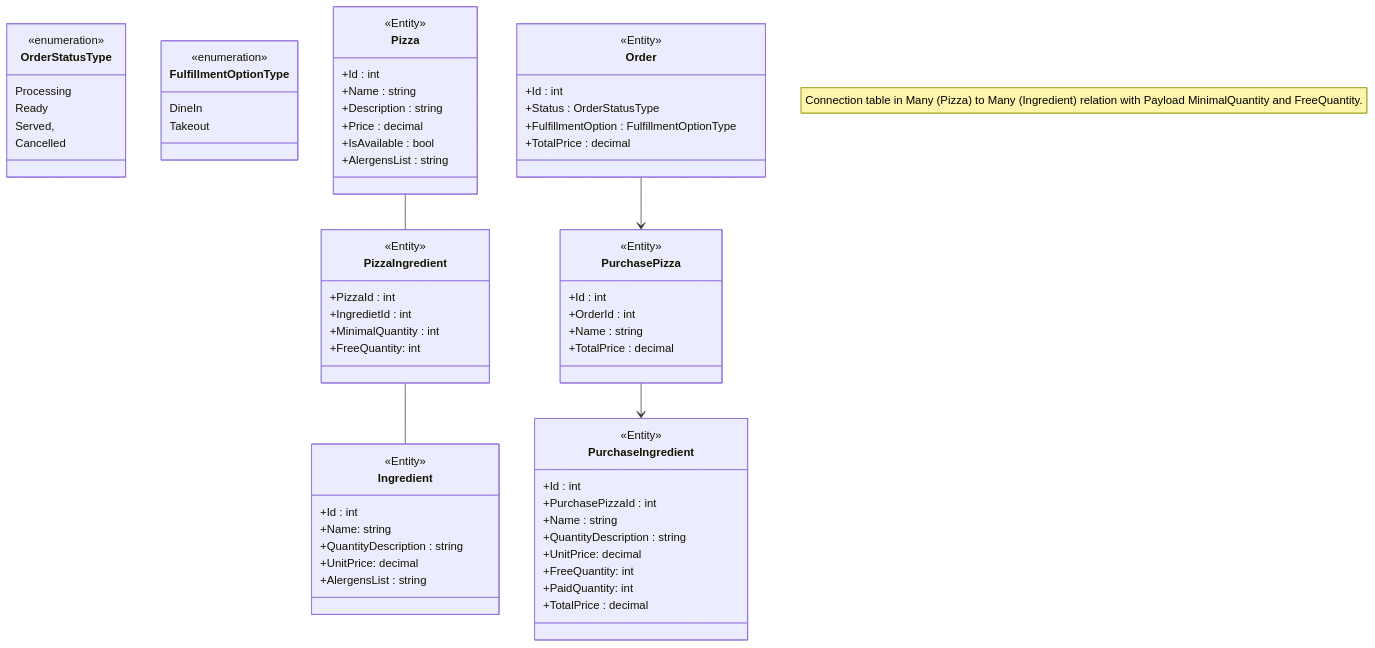
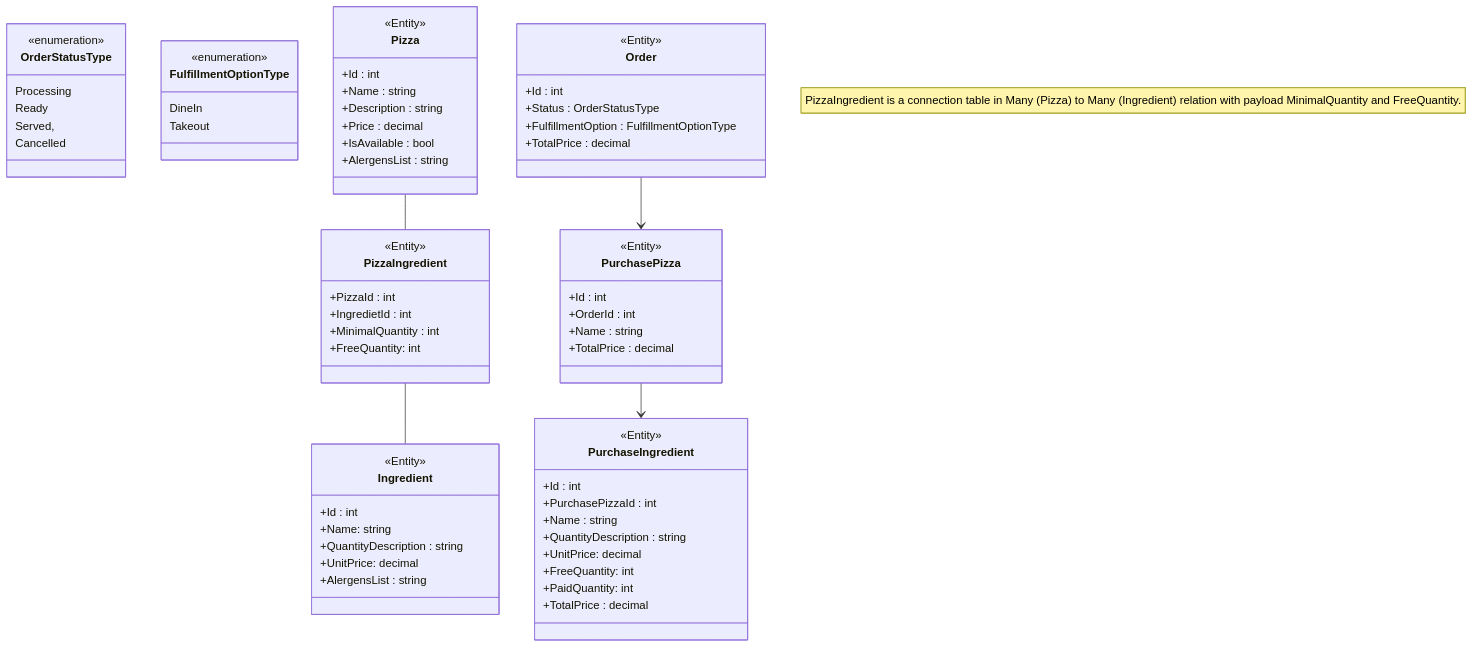
Before and after one commit to ekral/FAI: the first of 2 diagrams in AF/src/Utb.PizzaKiosk/README.md, drawn with Mermaid.

````diff
--- a/AF/src/Utb.PizzaKiosk/README.md
+++ b/AF/src/Utb.PizzaKiosk/README.md
@@ -175,79 +175,81 @@
 ```mermaid
 classDiagram
 
    class OrderStatusType{
       <<enumeration>>
       Processing
       Ready
       Served,
       Cancelled
    }
 
    class FulfillmentOptionType{
       <<enumeration>>
       DineIn
       Takeout
    }
 
    class Pizza {
       <<Entity>>
       +Id : int
       +Name : string
       +Description : string
       +Price : decimal
       +IsAvailable : bool
       +AlergensList : string
    }
 
-   note "Connection table in Many (Pizza) to Many (Ingredient) relation with Payload MinimalQuantity and FreeQuantity."
+   
 
    class PizzaIngredient {
       <<Entity>>
       +PizzaId : int
       +IngredietId : int
       +MinimalQuantity : int
       +FreeQuantity: int
    }
 
   class Ingredient {
       <<Entity>>
       +Id : int
       +Name: string
       +QuantityDescription : string
       +UnitPrice: decimal
       +AlergensList : string
   }
 
   class Order {
       <<Entity>>
       +Id : int
       +Status : OrderStatusType
       +FulfillmentOption : FulfillmentOptionType
       +TotalPrice : decimal
    }
 
    class PurchasePizza {
       <<Entity>>
       +Id : int
       +OrderId : int
       +Name : string
       +TotalPrice : decimal
    }
 
    class PurchaseIngredient {
       <<Entity>>
       +Id : int
       +PurchasePizzaId : int
       +Name : string
       +QuantityDescription : string
       +UnitPrice: decimal
       +FreeQuantity: int
       +PaidQuantity: int
       +TotalPrice : decimal
    }
 
    Pizza -- PizzaIngredient
    PizzaIngredient -- Ingredient
    Order --> PurchasePizza
    PurchasePizza --> PurchaseIngredient
+
+   note "PizzaIngredient is a connection table in Many (Pizza) to Many (Ingredient) relation with payload MinimalQuantity and FreeQuantity."
 ```
````
